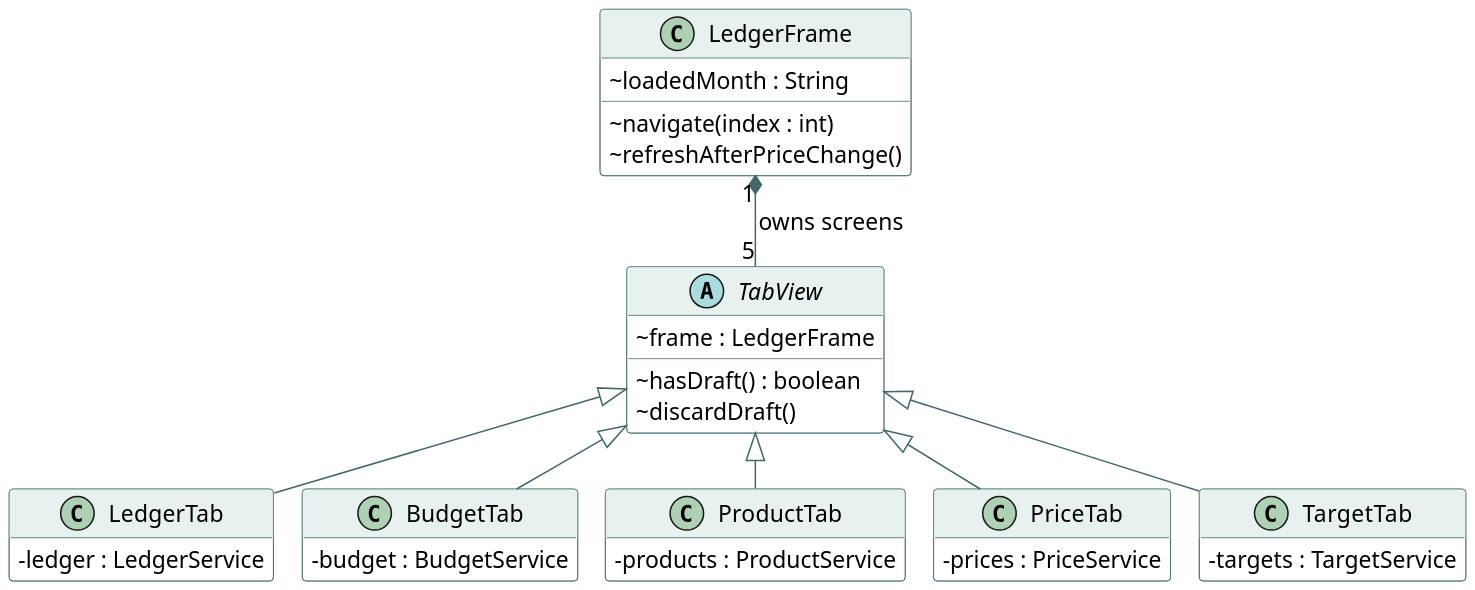
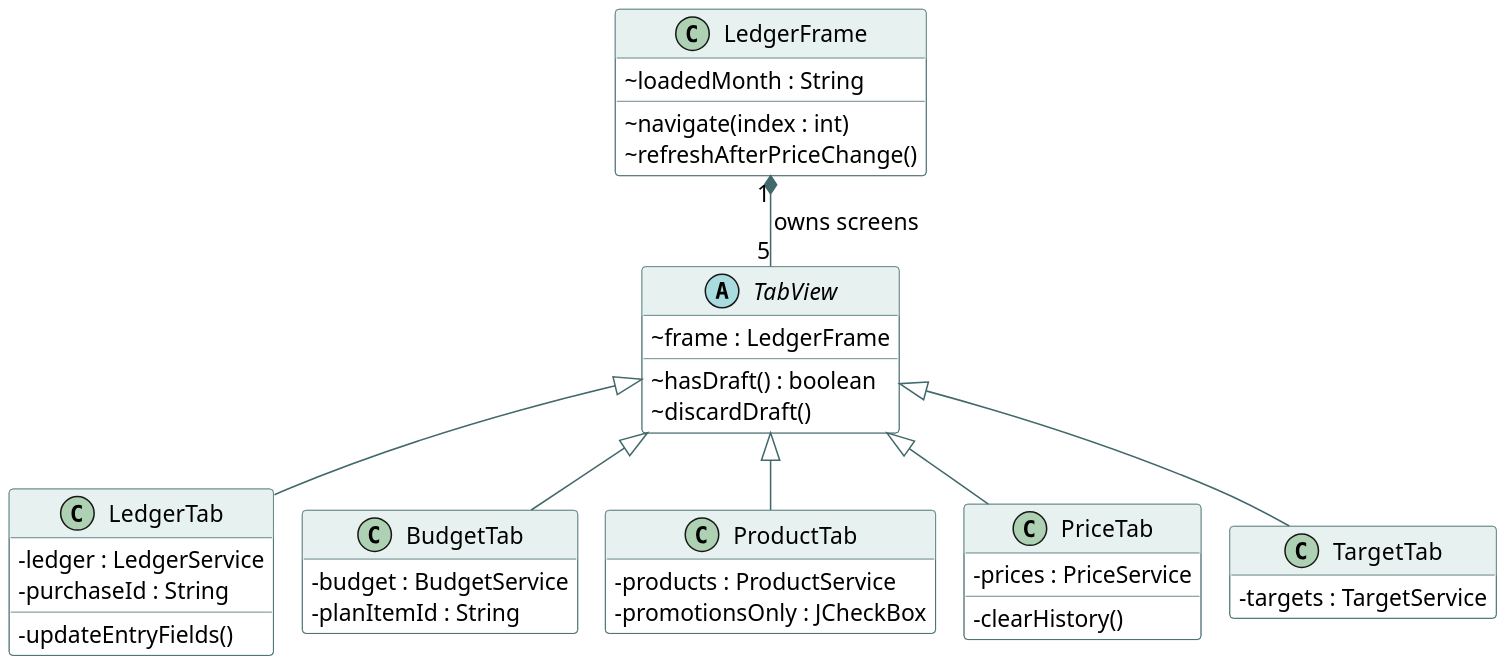
The diagram in doc/class-storage-ui.puml (hyeonsu-test/smart-grocery-ledger), drawn with PlantUML before and after one commit. The commit also changed 36 other files, not shown here.

```diff
--- a/doc/class-storage-ui.puml
+++ b/doc/class-storage-ui.puml
@@ -1,45 +1,50 @@
 @startuml
 !pragma layout smetana
 skinparam dpi 170
 skinparam shadowing false
 skinparam classAttributeIconSize 0
 skinparam defaultFontName Arial
 skinparam defaultFontSize 15
 skinparam classBackgroundColor #FFFFFF
 skinparam classBorderColor #41686A
 skinparam classHeaderBackgroundColor #E7F1EF
 skinparam ArrowColor #41686A
 hide empty members
 top to bottom direction
 class LedgerFrame {
   ~ loadedMonth : String
   ~ navigate(index : int)
   ~ refreshAfterPriceChange()
 }
 abstract class TabView {
   ~ frame : LedgerFrame
   ~ hasDraft() : boolean
   ~ discardDraft()
 }
 class LedgerTab {
   - ledger : LedgerService
+  - purchaseId : String
+  - updateEntryFields()
 }
 class BudgetTab {
   - budget : BudgetService
+  - planItemId : String
 }
 class ProductTab {
   - products : ProductService
+  - promotionsOnly : JCheckBox
 }
 class PriceTab {
   - prices : PriceService
+  - clearHistory()
 }
 class TargetTab {
   - targets : TargetService
 }
 LedgerFrame "1" *-- "5" TabView : owns screens
 TabView <|-- LedgerTab
 TabView <|-- BudgetTab
 TabView <|-- ProductTab
 TabView <|-- PriceTab
 TabView <|-- TargetTab
 @enduml
```
